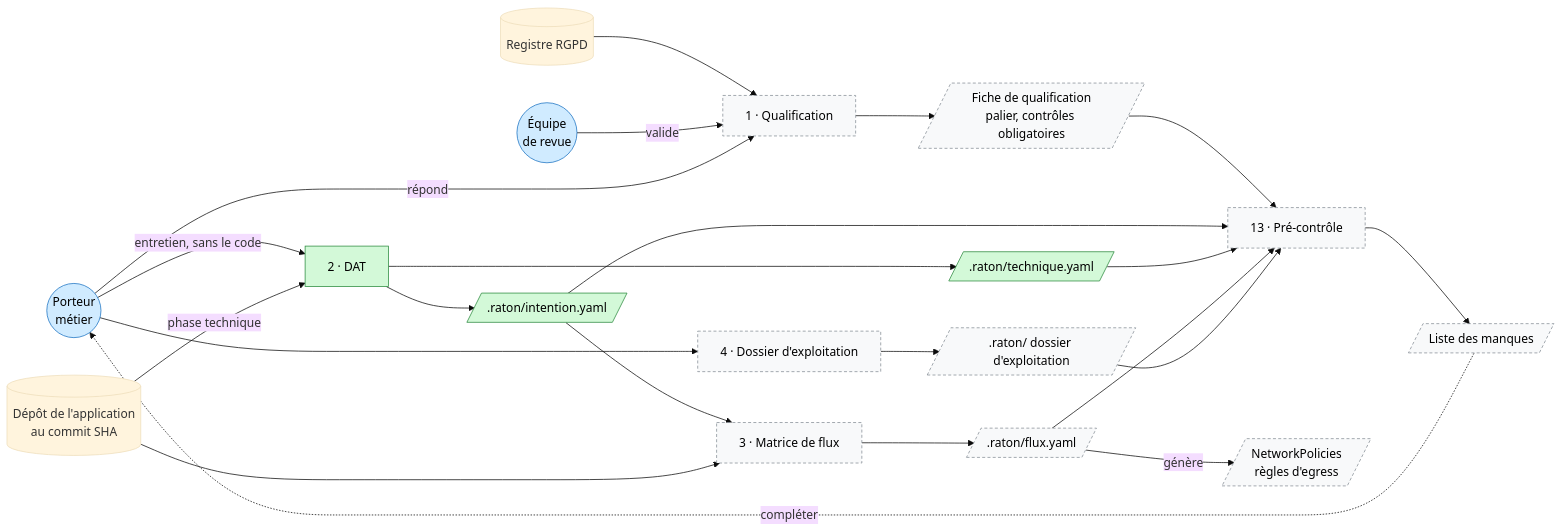
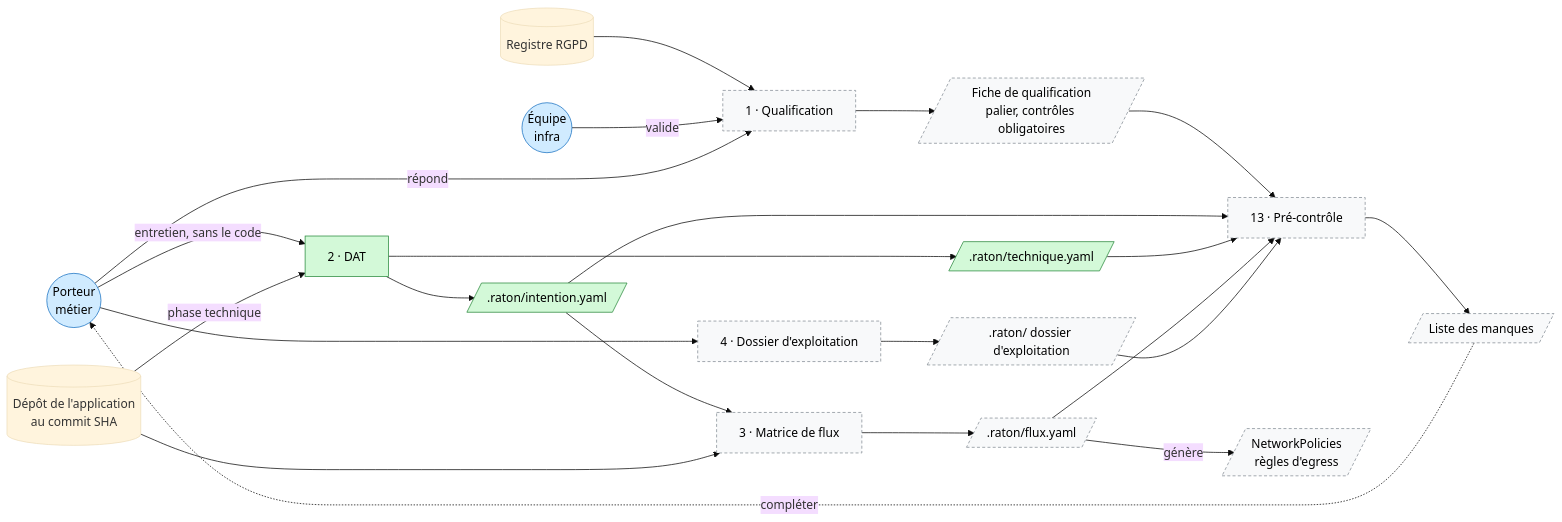
One commit to Jul0ow/Raton changed the third of 5 diagrams in docs/architecture.md. Above: the diagram before and after it, drawn with Mermaid (base theme). The commit also changed other lines of this file and 6 other files, not shown here.

````diff
--- a/docs/architecture.md
+++ b/docs/architecture.md
@@ -106,50 +106,50 @@
 ```mermaid
 flowchart LR
   M(("Porteur<br/>métier"))
-  E(("Équipe<br/>de revue"))
+  E(("Équipe<br/>infra"))
   RGPD[("Registre RGPD")]
   CODE[("Dépôt de l'application<br/>au commit SHA")]
 
   Q["1 · Qualification"]
   DAT["2 · DAT"]
   EXP["4 · Dossier d'exploitation"]
   MF["3 · Matrice de flux"]
   PC["13 · Pré-contrôle"]
 
   QF[/"Fiche de qualification<br/>palier, contrôles obligatoires"/]
   INT[/".raton/intention.yaml"/]
   TEC[/".raton/technique.yaml"/]
   EXF[/".raton/ dossier d'exploitation"/]
   FLX[/".raton/flux.yaml"/]
   NP[/"NetworkPolicies<br/>règles d'egress"/]
   MQ[/"Liste des manques"/]
 
   RGPD --> Q
   E -->|"valide"| Q
   M -->|"répond"| Q
   M -->|"entretien, sans le code"| DAT
   CODE -->|"phase technique"| DAT
   M --> EXP
   Q --> QF
   DAT --> INT
   DAT --> TEC
   EXP --> EXF
   INT --> MF
   CODE --> MF
   MF --> FLX
   FLX -->|"génère"| NP
   QF --> PC
   INT --> PC
   TEC --> PC
   FLX --> PC
   EXF --> PC
   PC --> MQ
   MQ -.->|"compléter"| M
 
   classDef humain fill:#d0ebff,stroke:#1971c2,color:#000
   classDef fait fill:#d3f9d8,stroke:#2b8a3e,color:#000
   classDef afaire fill:#f8f9fa,stroke:#868e96,color:#000,stroke-dasharray:4 3
   class M,E humain
   class DAT,INT,TEC fait
   class Q,MF,EXP,PC,QF,FLX,EXF,NP,MQ afaire
 ```
````
